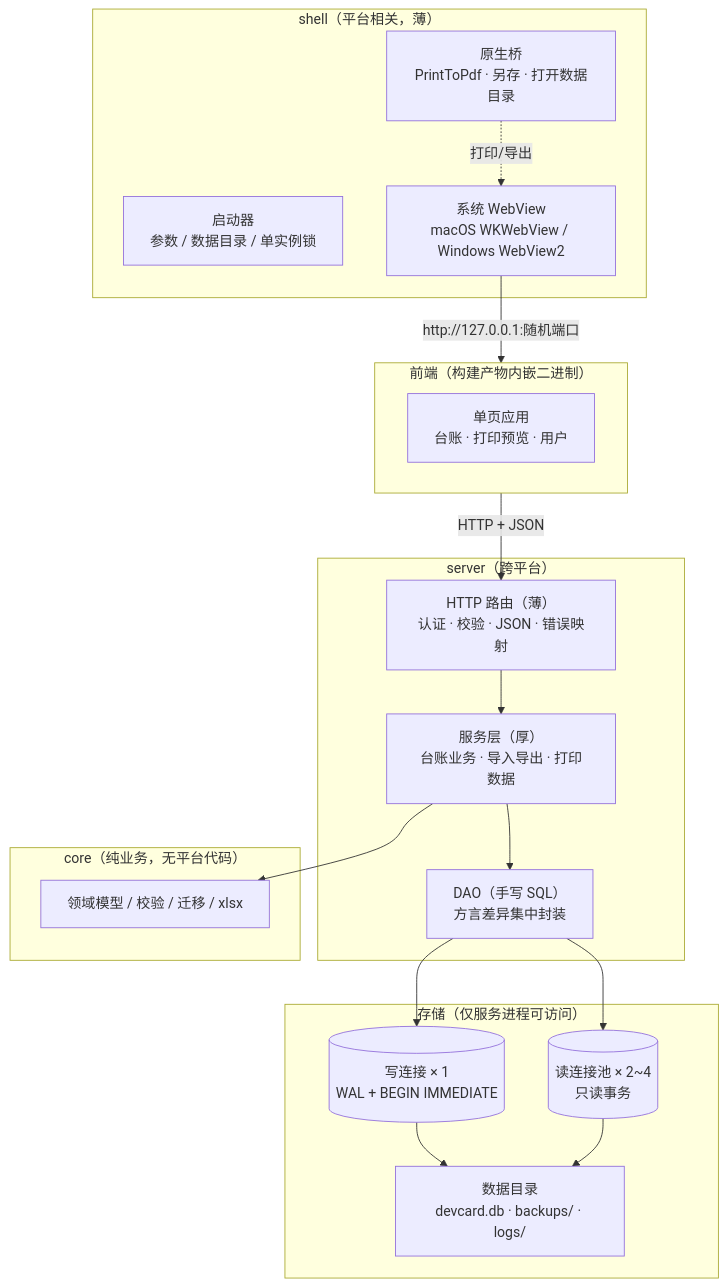
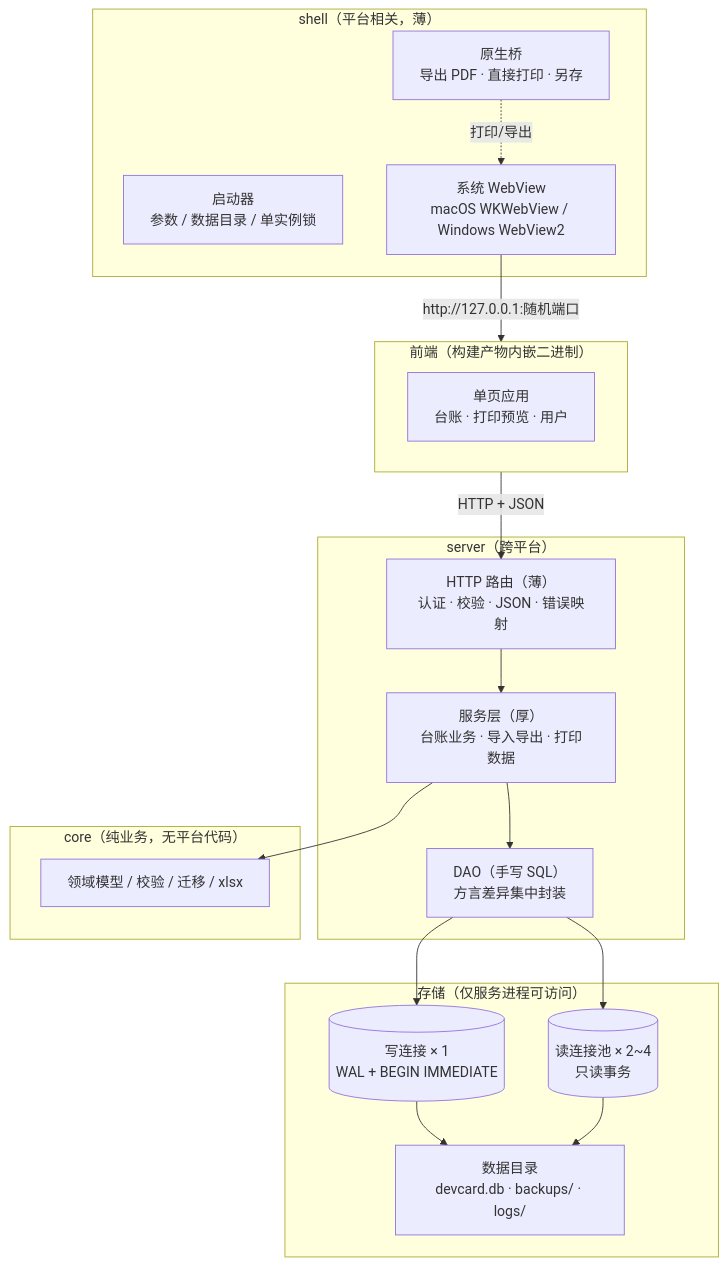
The diagram in docs/改造技术方案.md (LinYuwei82/dev_card_cpp), drawn with Mermaid before and after one commit. The commit also changed other lines of this file and 1 other file, not shown here.

First line of the commit message:
docs: D2 改为双通道打印（导出 PDF + 直接打印）

````diff
--- a/docs/改造技术方案.md
+++ b/docs/改造技术方案.md
@@ -70,38 +70,38 @@
 ```mermaid
 flowchart TB
     subgraph SHELL["shell（平台相关，薄）"]
         LAUNCH["启动器<br/>参数 / 数据目录 / 单实例锁"]
         WV["系统 WebView<br/>macOS WKWebView / Windows WebView2"]
-        BRIDGE["原生桥<br/>PrintToPdf · 另存 · 打开数据目录"]
+        BRIDGE["原生桥<br/>导出 PDF · 直接打印 · 另存"]
     end
 
     subgraph FE["前端（构建产物内嵌二进制）"]
         SPA["单页应用<br/>台账 · 打印预览 · 用户"]
     end
 
     subgraph SRV["server（跨平台）"]
         HTTP["HTTP 路由（薄）<br/>认证 · 校验 · JSON · 错误映射"]
         SVC["服务层（厚）<br/>台账业务 · 导入导出 · 打印数据"]
         DAO["DAO（手写 SQL）<br/>方言差异集中封装"]
     end
 
     subgraph CORE["core（纯业务，无平台代码）"]
         DOM["领域模型 / 校验 / 迁移 / xlsx"]
     end
 
     subgraph DB["存储（仅服务进程可访问）"]
         W[("写连接 × 1<br/>WAL + BEGIN IMMEDIATE")]
         R[("读连接池 × 2~4<br/>只读事务")]
         DIR["数据目录<br/>devcard.db · backups/ · logs/"]
     end
 
     WV -->|"http://127.0.0.1:随机端口"| FE
     FE -->|"HTTP + JSON"| HTTP
     HTTP --> SVC --> DOM
     SVC --> DAO
     DAO --> W
     DAO --> R
     W --> DIR
     R --> DIR
     BRIDGE -.->|"打印/导出"| WV
 ```
````
